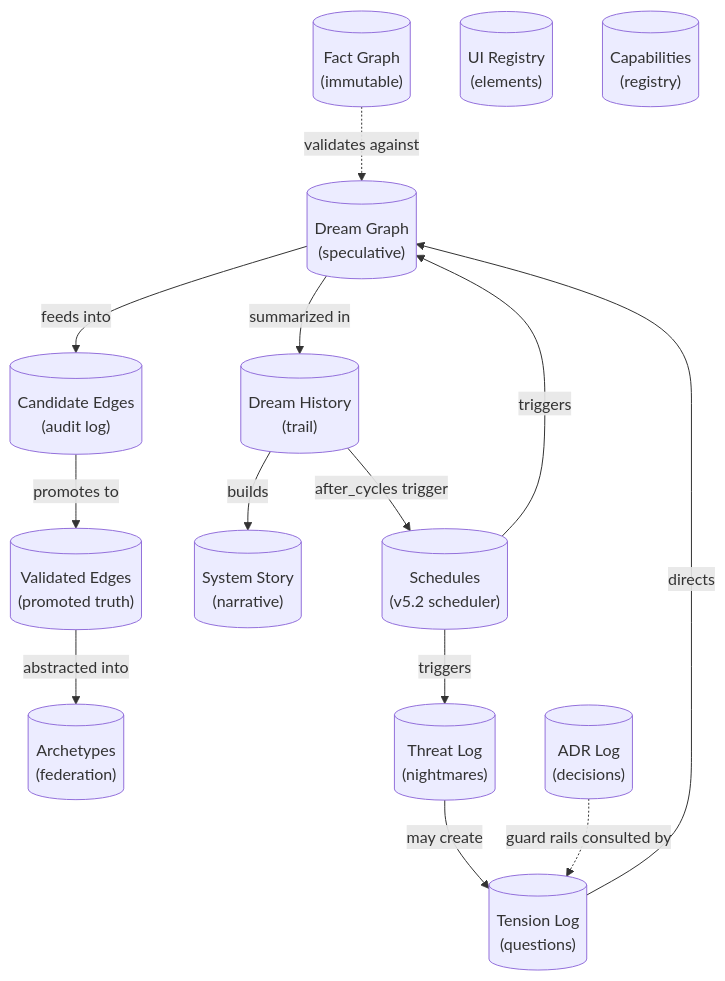
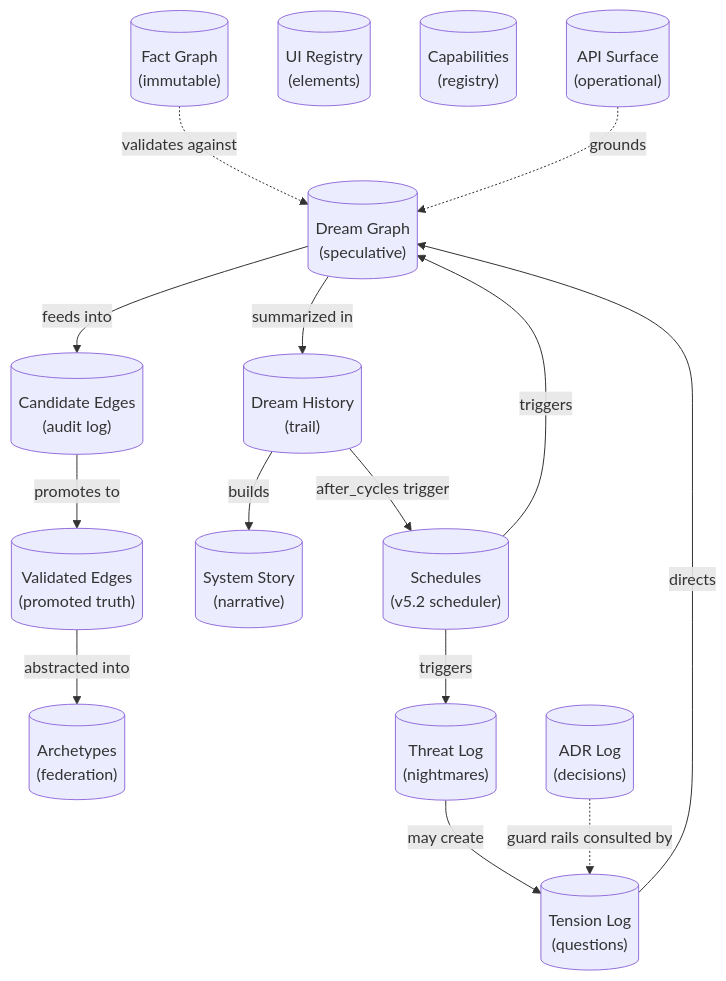
One commit to mmethodz/dreamgraph changed the diagram in docs/data-model.md. Above: the diagram before and after it, drawn with Mermaid. The commit also changed other lines of this file and 14 other files, not shown here.

````diff
--- a/docs/data-model.md
+++ b/docs/data-model.md
@@ -9,29 +9,31 @@
 ```mermaid
 graph TB
     FG[("Fact Graph<br/>(immutable)")]
     DG[("Dream Graph<br/>(speculative)")]
     CE[("Candidate Edges<br/>(audit log)")]
     VE[("Validated Edges<br/>(promoted truth)")]
     TL[("Tension Log<br/>(questions)")]
     DH[("Dream History<br/>(trail)")]
     TH[("Threat Log<br/>(nightmares)")]
     AR[("Archetypes<br/>(federation)")]
     ADR[("ADR Log<br/>(decisions)")]
     UI[("UI Registry<br/>(elements)")]
     ST[("System Story<br/>(narrative)")]
     CAP[("Capabilities<br/>(registry)")]
     SCH[("Schedules<br/>(v5.2 scheduler)")]
+    API[("API Surface<br/>(operational)")]
 
     FG -.->|validates against| DG
     DG -->|feeds into| CE
     CE -->|promotes to| VE
     VE -->|abstracted into| AR
     DG -->|summarized in| DH
     DH -->|builds| ST
     TL -->|directs| DG
     TH -->|may create| TL
     ADR -.->|guard rails consulted by| TL
     SCH -->|triggers| DG
     SCH -->|triggers| TH
     DH -->|after_cycles trigger| SCH
+    API -.->|grounds| DG
 ```
````
